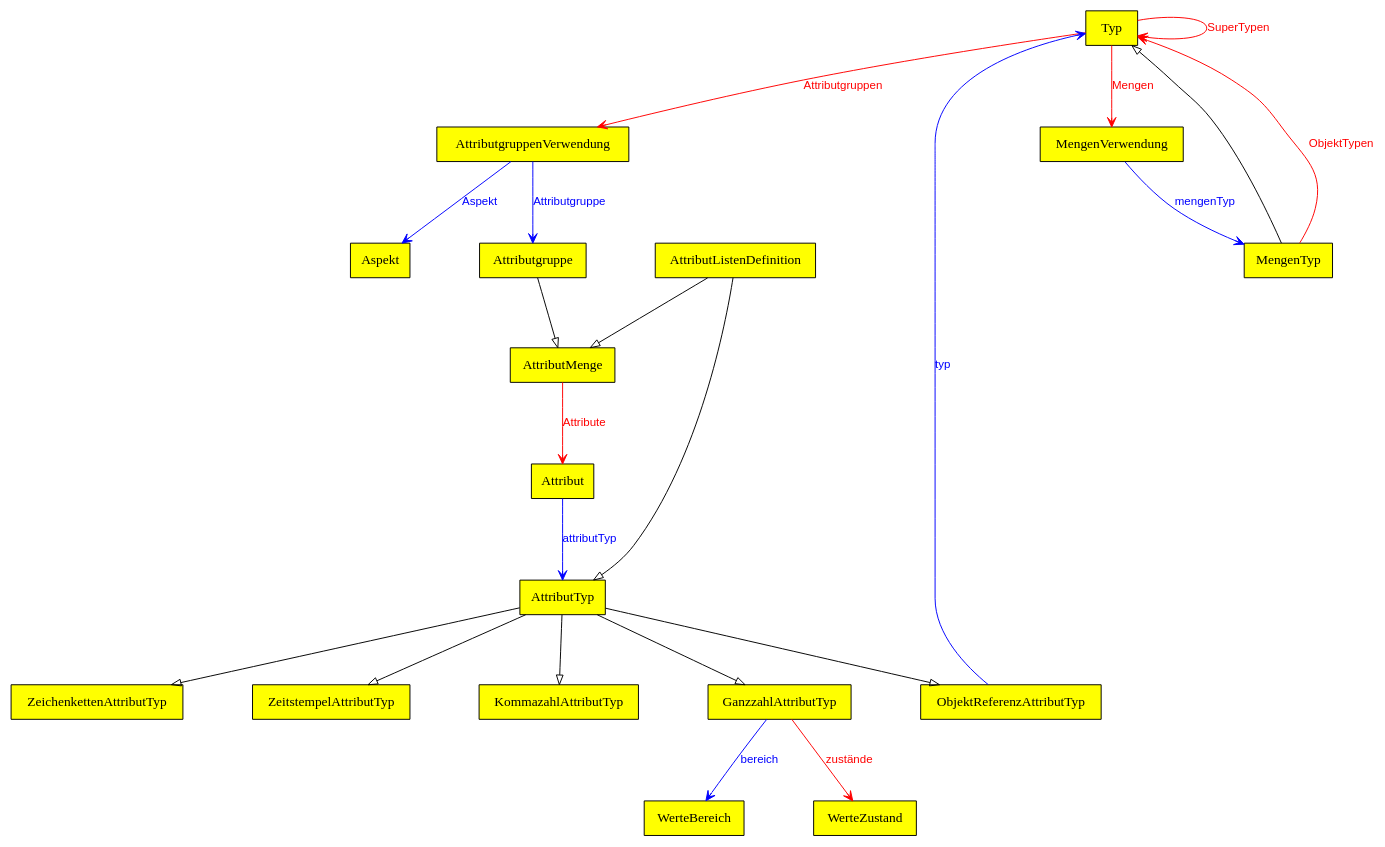
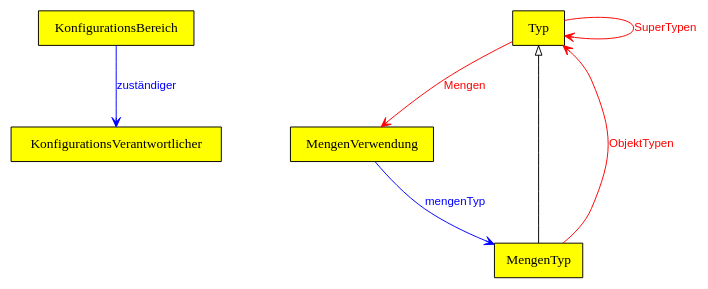
One commit to falkoschumann/datenverteiler-datenkatalog changed the diagram in src/main/resources/metamodell.dot. Above: the diagram before and after it, drawn with Graphviz. The commit also changed 2 other files, not shown here.

```diff
--- a/src/main/resources/metamodell.dot
+++ b/src/main/resources/metamodell.dot
@@ -1,38 +1,45 @@
 digraph {
 
   graph [ranksep=1 nodesep=1];
   node [fillcolor=yellow shape=rect style=filled ranksep=2 fontname="Arial bold" fontsize=14]
   edge [arrowhead=vee fontname=Arial fontsize=12]
 
-  Typ -> AttributgruppenVerwendung [label=Attributgruppen color=red fontcolor=red]
+  KonfigurationsBereich -> KonfigurationsVerantwortlicher [label=zuständiger color=blue fontcolor=blue]
+
+//  Typ -> AttributgruppenVerwendung [label=Attributgruppen color=red fontcolor=red]
   Typ -> MengenVerwendung [label=Mengen color=red fontcolor=red]
   Typ -> Typ [label=SuperTypen color=red fontcolor=red]
 
   MengenVerwendung -> MengenTyp [label=mengenTyp color=blue fontcolor=blue]
+
   MengenTyp -> Typ [arrowhead=onormal]
   MengenTyp -> Typ [label=ObjektTypen color=red fontcolor=red]
 
-  Attributgruppe -> AttributMenge [arrowhead=onormal]
-  AttributgruppenVerwendung -> Attributgruppe [label=Attributgruppe color=blue fontcolor=blue]
-  AttributgruppenVerwendung -> Aspekt [label=Aspekt color=blue fontcolor=blue]
+//  MengenVerwendung -> MengenTyp [label=mengenTyp color=blue fontcolor=blue]
+//  MengenTyp -> Typ [arrowhead=onormal]
+//  MengenTyp -> Typ [label=ObjektTypen color=red fontcolor=red]
 
-  AttributMenge -> Attribut [label=Attribute color=red fontcolor=red]
-  Attribut -> AttributTyp [label=attributTyp color=blue fontcolor=blue]
+//  Attributgruppe -> AttributMenge [arrowhead=onormal]
+//  AttributgruppenVerwendung -> Attributgruppe [label=Attributgruppe color=blue fontcolor=blue]
+//  AttributgruppenVerwendung -> Aspekt [label=Aspekt color=blue fontcolor=blue]
 
-  AttributTyp -> GanzzahlAttributTyp [arrowhead=onormal]
-  GanzzahlAttributTyp -> WerteBereich [label=bereich color=blue fontcolor=blue]
-  GanzzahlAttributTyp -> WerteZustand [label=zustände color=red fontcolor=red]
+//  AttributMenge -> Attribut [label=Attribute color=red fontcolor=red]
+//  Attribut -> AttributTyp [label=attributTyp color=blue fontcolor=blue]
 
-  AttributTyp -> KommazahlAttributTyp [arrowhead=onormal]
+//  AttributTyp -> GanzzahlAttributTyp [arrowhead=onormal]
+//  GanzzahlAttributTyp -> WerteBereich [label=bereich color=blue fontcolor=blue]
+//  GanzzahlAttributTyp -> WerteZustand [label=zustände color=red fontcolor=red]
 
-  AttributTyp -> ObjektReferenzAttributTyp [arrowhead=onormal]
-  ObjektReferenzAttributTyp -> Typ [label=typ color=blue fontcolor=blue]
+//  AttributTyp -> KommazahlAttributTyp [arrowhead=onormal]
 
-  AttributTyp -> ZeichenkettenAttributTyp [arrowhead=onormal]
+//  AttributTyp -> ObjektReferenzAttributTyp [arrowhead=onormal]
+//  ObjektReferenzAttributTyp -> Typ [label=typ color=blue fontcolor=blue]
 
-  AttributTyp -> ZeitstempelAttributTyp [arrowhead=onormal]
+//  AttributTyp -> ZeichenkettenAttributTyp [arrowhead=onormal]
 
-  AttributListenDefinition -> AttributTyp [arrowhead=onormal]
-  AttributListenDefinition -> AttributMenge [arrowhead=onormal]
+//  AttributTyp -> ZeitstempelAttributTyp [arrowhead=onormal]
+
+//  AttributListenDefinition -> AttributTyp [arrowhead=onormal]
+//  AttributListenDefinition -> AttributMenge [arrowhead=onormal]
 
 }
```
